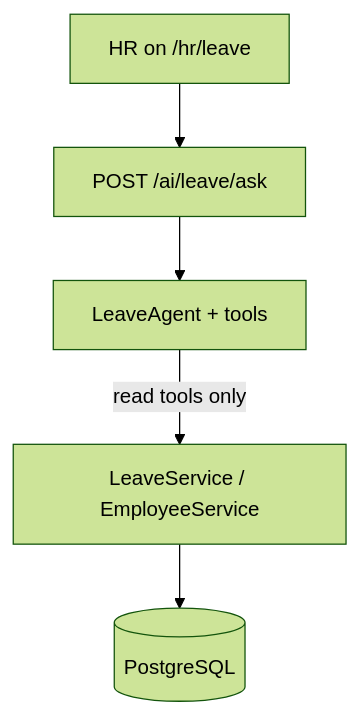
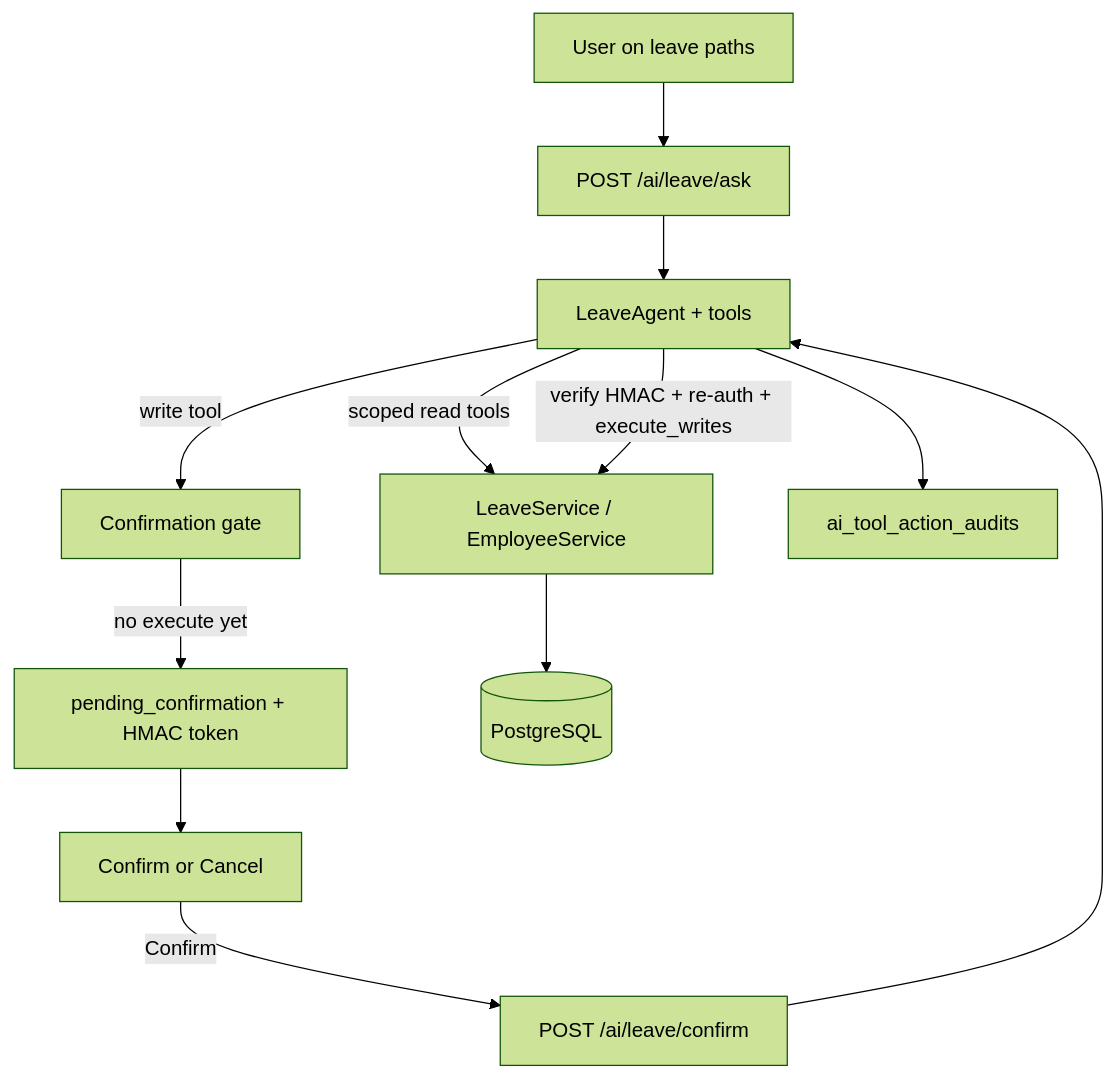
The fourth of 4 diagrams in README.md (AnnyStevia/hr-multi-agentic-system), drawn with Mermaid (forest theme) before and after one commit. The commit also changed other lines of this file and 28 other files, not shown here.

First line of the commit message:
Add Leave Agent scoped reads and confirmation-gated writes.

````diff
--- a/README.md
+++ b/README.md
@@ -192,11 +192,21 @@
 ```mermaid
 flowchart TD
-  HR[HR on /hr/leave]
+  User[User on leave paths]
   Ask[POST /ai/leave/ask]
   Agent[LeaveAgent + tools]
+  Gate[Confirmation gate]
+  Pending[pending_confirmation + HMAC token]
+  UI[Confirm or Cancel]
+  Conf[POST /ai/leave/confirm]
   Svc[LeaveService / EmployeeService]
   DB[(PostgreSQL)]
+  Audit[ai_tool_action_audits]
 
-  HR --> Ask --> Agent
-  Agent -->|read tools only| Svc --> DB
+  User --> Ask --> Agent
+  Agent -->|scoped read tools| Svc
+  Agent -->|write tool| Gate
+  Gate -->|no execute yet| Pending --> UI
+  UI -->|Confirm| Conf --> Agent
+  Agent -->|verify HMAC + re-auth + execute_writes| Svc --> DB
+  Agent --> Audit
 ```
````
